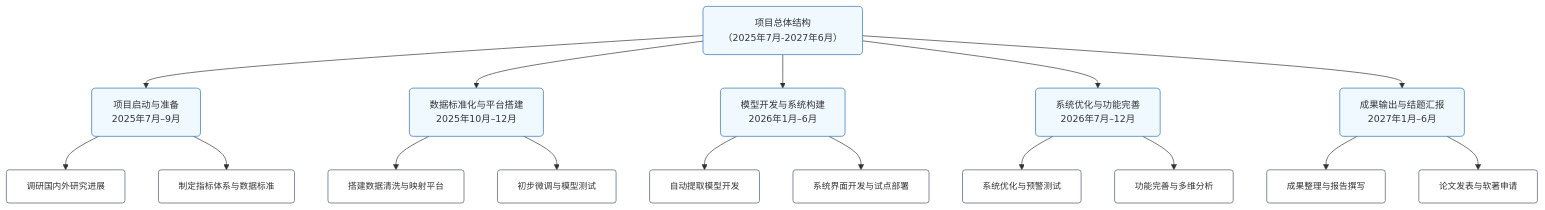
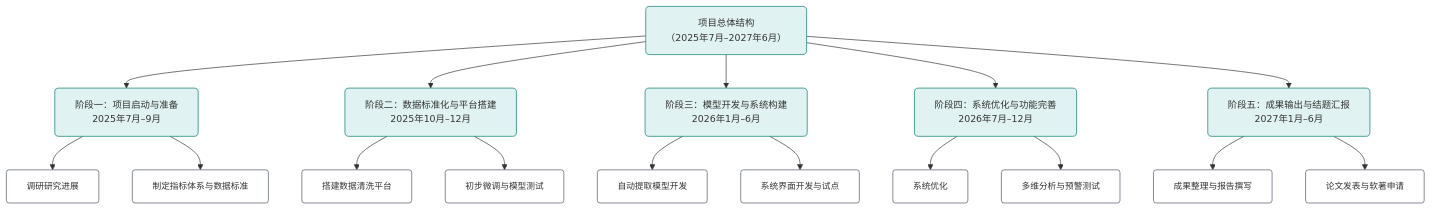
Before and after one commit to qianlei0007/iodraw-files: the diagram in all/未命名-2.md, drawn with Mermaid.

Commit message:
2025-04-24 11:30:49 update

````diff
--- a/all/未命名-2.md
+++ b/all/未命名-2.md
@@ -1,35 +1,33 @@
 ```mermaid
-flowchart TB
+flowchart TD
     %% === 顶层架构 ===
-    A[项目总体结构<br>（2025年7月-2027年6月）]
+    A[项目总体结构<br>（2025年7月–2027年6月）]
 
-    A --> B1[项目启动与准备<br>2025年7月–9月]
-    A --> B2[数据标准化与平台搭建<br>2025年10月–12月]
-    A --> B3[模型开发与系统构建<br>2026年1月–6月]
-    A --> B4[系统优化与功能完善<br>2026年7月–12月]
-    A --> B5[成果输出与结题汇报<br>2027年1月–6月]
-
-    %% === 子模块任务 ===
-    B1 --> C1[调研国内外研究进展]
+    A --> B1[阶段一：项目启动与准备<br>2025年7月–9月]
+    B1 --> C1[调研研究进展]
     B1 --> C2[制定指标体系与数据标准]
 
-    B2 --> C3[搭建数据清洗与映射平台]
+    A --> B2[阶段二：数据标准化与平台搭建<br>2025年10月–12月]
+    B2 --> C3[搭建数据清洗平台]
     B2 --> C4[初步微调与模型测试]
 
+    A --> B3[阶段三：模型开发与系统构建<br>2026年1月–6月]
     B3 --> C5[自动提取模型开发]
-    B3 --> C6[系统界面开发与试点部署]
+    B3 --> C6[系统界面开发与试点]
 
-    B4 --> C7[系统优化与预警测试]
-    B4 --> C8[功能完善与多维分析]
+    A --> B4[阶段四：系统优化与功能完善<br>2026年7月–12月]
+    B4 --> C7[系统优化]
+    B4 --> C8[多维分析与预警测试]
 
+    A --> B5[阶段五：成果输出与结题汇报<br>2027年1月–6月]
     B5 --> C9[成果整理与报告撰写]
     B5 --> C10[论文发表与软著申请]
 
     %% === 样式设置 ===
-    classDef stage fill:#f0f9ff,stroke:#2b6cb0,stroke-width:1px,rx:6,ry:6,font-size:14px
-    classDef task fill:#ffffff,stroke:#4a5568,stroke-width:1px,rx:4,ry:4,font-size:13px
+    classDef stage fill:#e0f2f1,stroke:#00796b,stroke-width:1px,rx:6px,ry:6px,font-size:14px
+    classDef task fill:#ffffff,stroke:#4a5568,stroke-width:1px,rx:4px,ry:4px,font-size:13px
     class A stage
     class B1,B2,B3,B4,B5 stage
     class C1,C2,C3,C4,C5,C6,C7,C8,C9,C10 task
 
 ```
````
